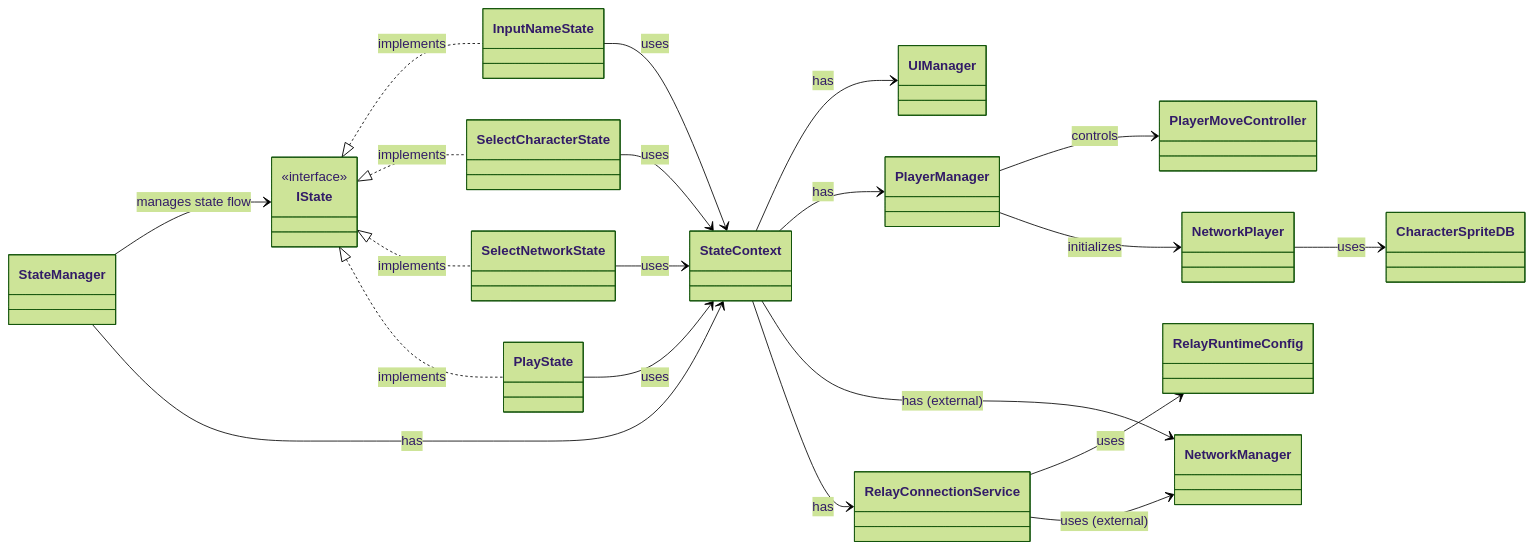
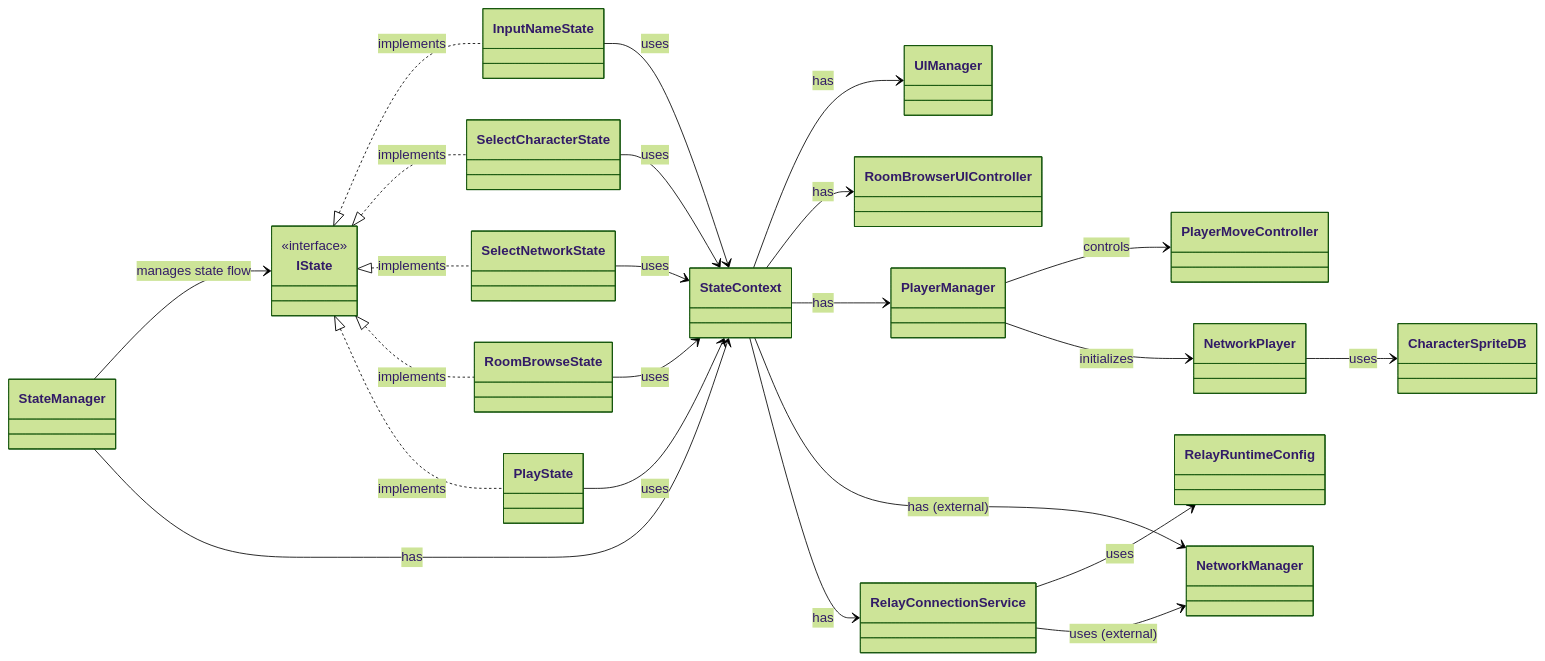
Before and after one commit to UpaDotti/MetaverSesecretBase: the diagram in .codex/CLASS_DIAGRAM.md, drawn with Mermaid (forest theme). The commit also changed other lines of this file and 3 other files, not shown here.

````diff
--- a/.codex/CLASS_DIAGRAM.md
+++ b/.codex/CLASS_DIAGRAM.md
@@ -10,47 +10,52 @@
 ```mermaid
 classDiagram
     direction LR
 
     class IState {
         <<interface>>
     }
 
     class StateManager
     class StateContext
     class InputNameState
     class SelectCharacterState
     class SelectNetworkState
+    class RoomBrowseState
     class PlayState
 
     class RelayConnectionService
     class RelayRuntimeConfig
     class PlayerManager
     class PlayerMoveController
     class NetworkPlayer
     class UIManager
+    class RoomBrowserUIController
     class CharacterSpriteDB
 
     StateManager --> IState : manages state flow
     StateManager --> StateContext : has
 
     IState <|.. InputNameState : implements
     IState <|.. SelectCharacterState : implements
     IState <|.. SelectNetworkState : implements
+    IState <|.. RoomBrowseState : implements
     IState <|.. PlayState : implements
 
     InputNameState --> StateContext : uses
     SelectCharacterState --> StateContext : uses
     SelectNetworkState --> StateContext : uses
+    RoomBrowseState --> StateContext : uses
     PlayState --> StateContext : uses
 
     StateContext --> UIManager : has
+    StateContext --> RoomBrowserUIController : has
     StateContext --> PlayerManager : has
     StateContext --> NetworkManager : has (external)
     StateContext --> RelayConnectionService : has
 
     RelayConnectionService --> RelayRuntimeConfig : uses
     RelayConnectionService --> NetworkManager : uses (external)
     PlayerManager --> PlayerMoveController : controls
     PlayerManager --> NetworkPlayer : initializes
     NetworkPlayer --> CharacterSpriteDB : uses
 ```
````
